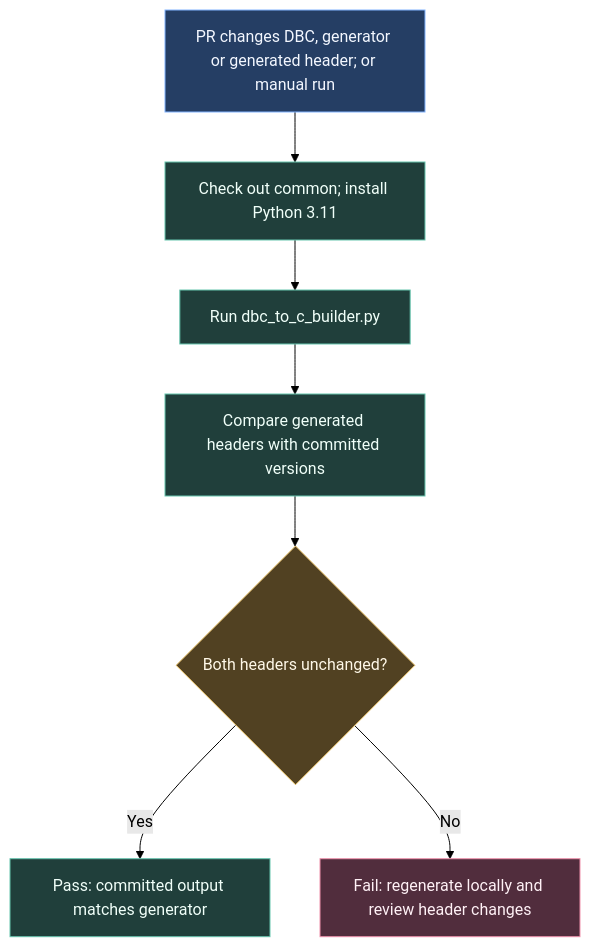
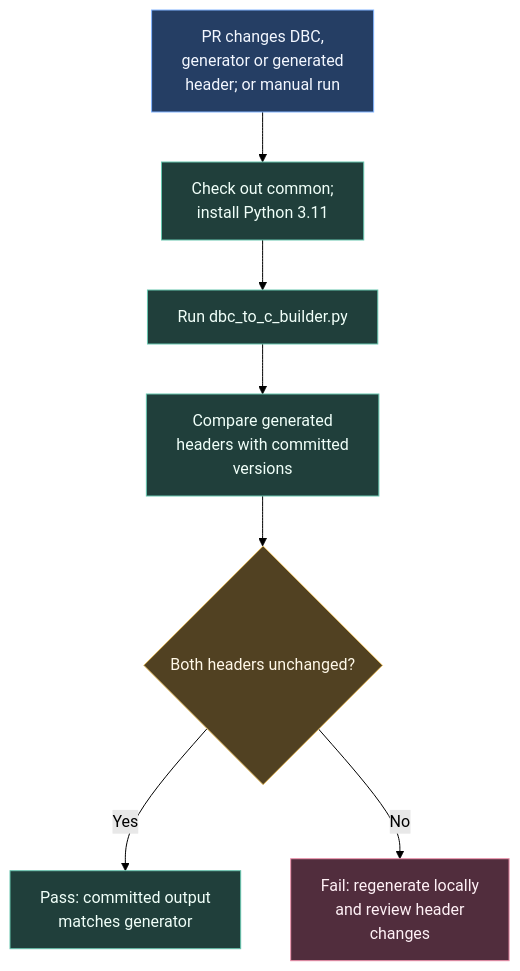
The diagram in docs/ci/generated-can.md (ARTTU-Software/.github), drawn with Mermaid (forest theme) before and after one commit. The commit also changed 12 other files, not shown here.

Commit message:
docs: keep diagram labels readable within their nodes

````diff
--- a/docs/ci/generated-can.md
+++ b/docs/ci/generated-can.md
@@ -10,17 +10,17 @@
 ```mermaid
 flowchart TB
-    CHANGE["PR changes DBC, generator or generated header; or manual run"] --> CHECKOUT["Check out common; install Python 3.11"]
+    CHANGE["PR changes DBC,<br/>generator or generated<br/>header; or manual run"] --> CHECKOUT["Check out common;<br/>install Python 3.11"]
     CHECKOUT --> GENERATE["Run dbc_to_c_builder.py"]
-    GENERATE --> DIFF["Compare generated headers with committed versions"]
+    GENERATE --> DIFF["Compare generated<br/>headers with committed<br/>versions"]
     DIFF --> SAME{"Both headers unchanged?"}
-    SAME -->|Yes| PASS["Pass: committed output matches generator"]
-    SAME -->|No| FAIL["Fail: regenerate locally and review header changes"]
+    SAME -->|Yes| PASS["Pass: committed output<br/>matches generator"]
+    SAME -->|No| FAIL["Fail: regenerate locally<br/>and review header<br/>changes"]
     classDef event fill:#253e64,stroke:#82b4ff,color:#f3f7ff
     classDef work fill:#203f3b,stroke:#66c5ae,color:#f0fff9
     classDef check fill:#514122,stroke:#e8bf63,color:#fff8e8
     classDef failure fill:#512d3d,stroke:#ef91ac,color:#fff1f6
     class CHANGE event
     class CHECKOUT,GENERATE,DIFF,PASS work
     class SAME check
     class FAIL failure
 ```
````
